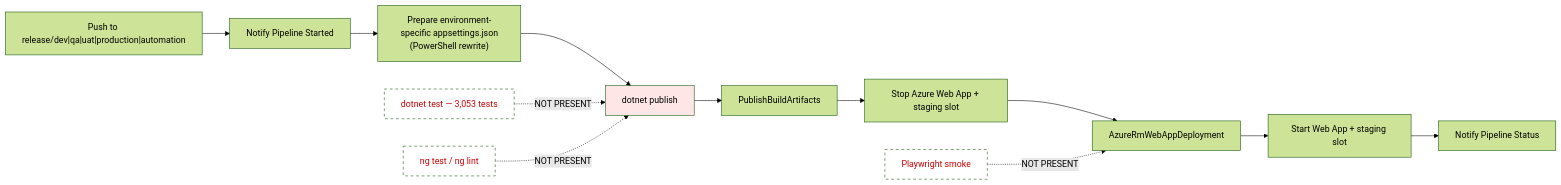
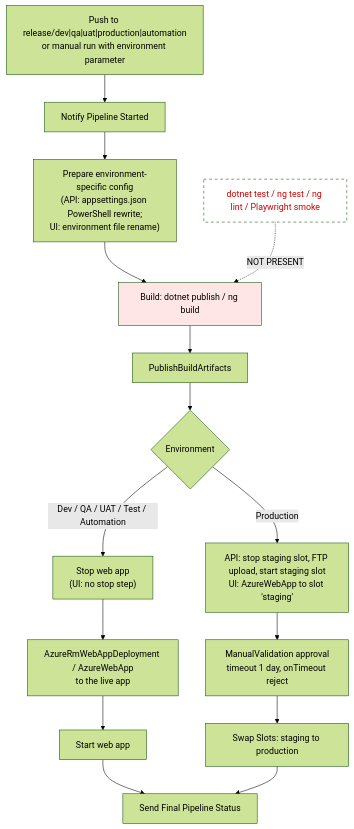
The first of 4 diagrams in docs/architecture-diagrams/11-test-infrastructure-cicd-deep-dive-diagrams.md (hemsingh-3PG/sai-systems-AIRE), drawn with Mermaid (forest theme) before and after one commit. The commit also changed other lines of this file and 285 other files, not shown here.

````diff
--- a/docs/architecture-diagrams/11-test-infrastructure-cicd-deep-dive-diagrams.md
+++ b/docs/architecture-diagrams/11-test-infrastructure-cicd-deep-dive-diagrams.md
@@ -14,17 +14,20 @@
 ```mermaid
-flowchart LR
-  A["Push to release/dev|qa|uat|production|automation"] --> B["Notify Pipeline Started"]
-  B --> C["Prepare environment-specific appsettings.json<br/>(PowerShell rewrite)"]
-  C --> D["dotnet publish"]
+flowchart TB
+  A["Push to release/dev|qa|uat|production|automation<br/>or manual run with environment parameter"] --> B["Notify Pipeline Started"]
+  B --> C["Prepare environment-specific config<br/>(API: appsettings.json PowerShell rewrite;<br/>UI: environment file rename)"]
+  C --> D["Build: dotnet publish / ng build"]
   D --> E["PublishBuildArtifacts"]
-  E --> F["Stop Azure Web App + staging slot"]
-  F --> G["AzureRmWebAppDeployment"]
-  G --> H["Start Web App + staging slot"]
-  H --> I["Notify Pipeline Status"]
+  E --> F{"Environment"}
+  F -->|"Dev / QA / UAT / Test / Automation"| G["Stop web app<br/>(UI: no stop step)"]
+  G --> H["AzureRmWebAppDeployment / AzureWebApp<br/>to the live app"]
+  H --> I["Start web app"]
+  F -->|Production| J["API: stop staging slot, FTP upload, start staging slot<br/>UI: AzureWebApp to slot 'staging'"]
+  J --> K["ManualValidation approval<br/>timeout 1 day, onTimeout reject"]
+  K --> L["Swap Slots: staging to production"]
+  I --> M["Send Final Pipeline Status"]
+  L --> M
 
   style D fill:#ffe6e6
-  X["dotnet test — 3,053 tests"]:::missing -.->|NOT PRESENT| D
-  Y["ng test / ng lint"]:::missing -.->|NOT PRESENT| D
-  Z["Playwright smoke"]:::missing -.->|NOT PRESENT| G
+  X["dotnet test / ng test / ng lint / Playwright smoke"]:::missing -.->|NOT PRESENT| D
   classDef missing stroke-dasharray: 5 5,fill:#fff,color:#c00
 ```
````
